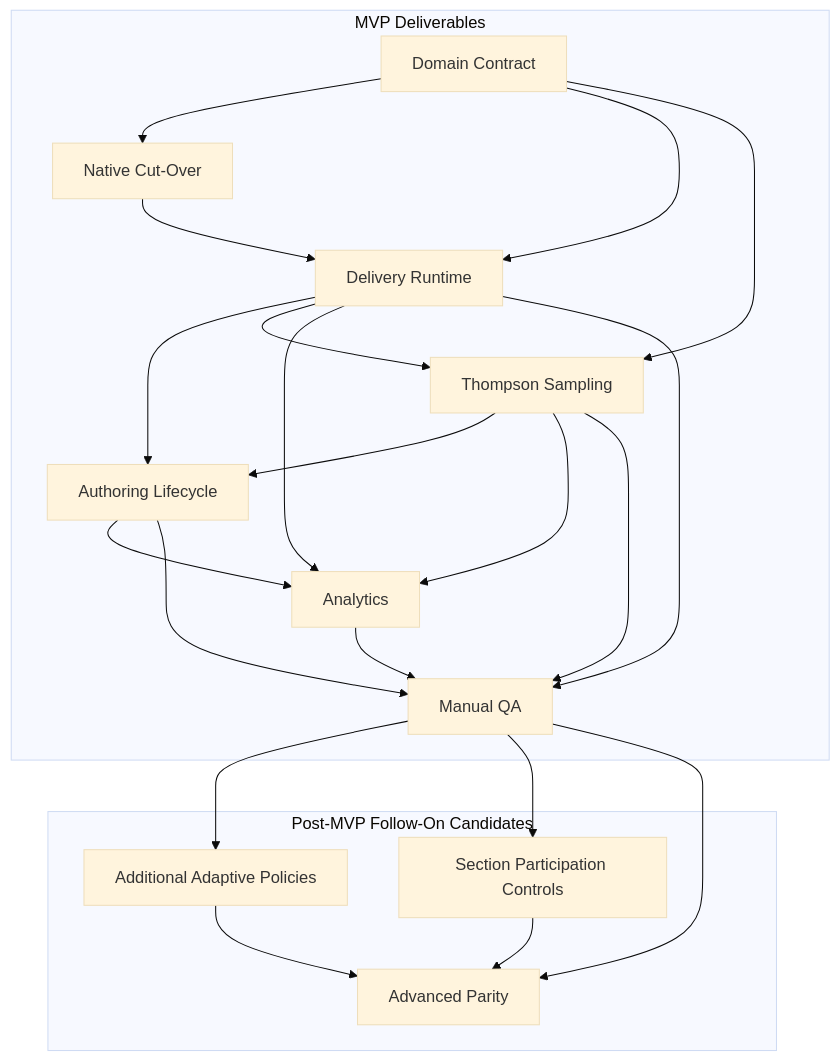
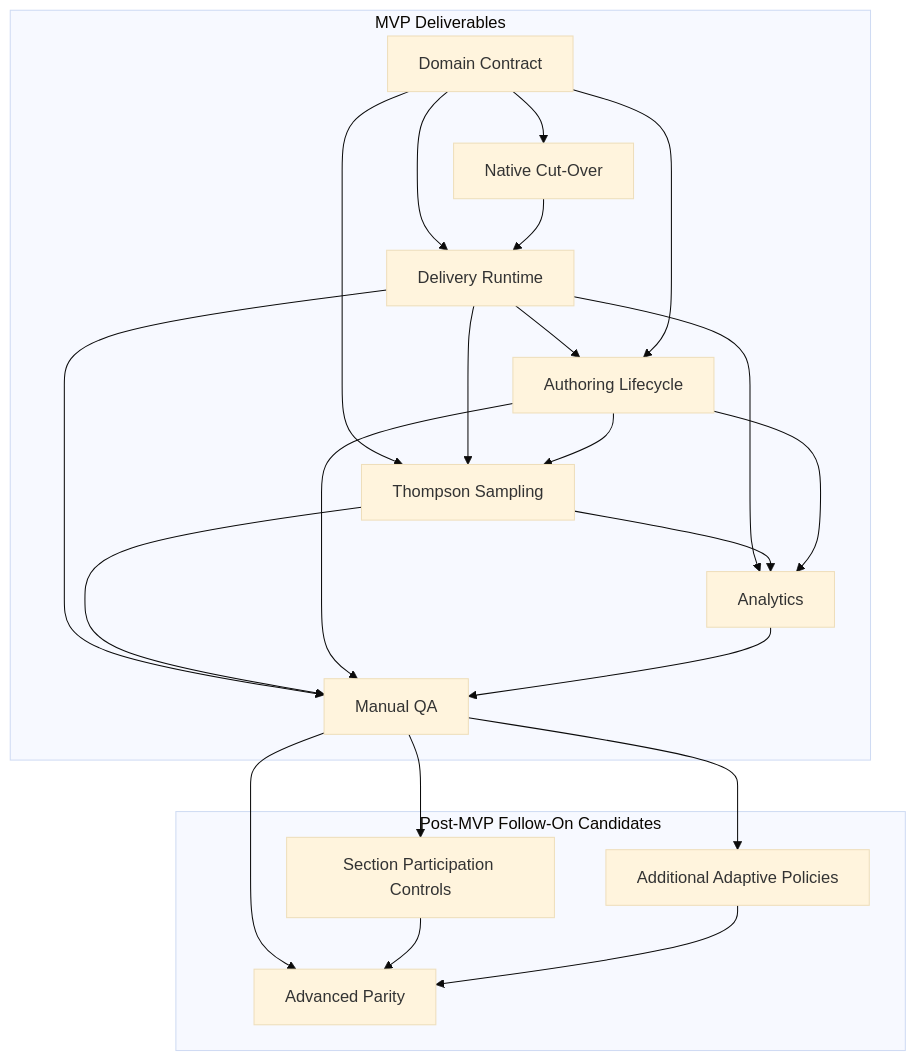
Before and after one commit to Simon-Initiative/oli-torus: the diagram in docs/exec-plans/current/epics/ab_testing/plan.md, drawn with Mermaid (base theme). The commit also changed other lines of this file and 6 other files, not shown here.

````diff
--- a/docs/exec-plans/current/epics/ab_testing/plan.md
+++ b/docs/exec-plans/current/epics/ab_testing/plan.md
@@ -434,38 +437,39 @@
 ```mermaid
 flowchart TD
   subgraph MVP["MVP Deliverables"]
   DOMAIN["Domain Contract"]
   CUTOVER["Native Cut-Over"]
   DELIVERY["Delivery Runtime"]
   TS["Thompson Sampling"]
   AUTHORING["Authoring Lifecycle"]
   ANALYTICS["Analytics"]
   QA["Manual QA"]
   end
 
   subgraph FOLLOWON["Post-MVP Follow-On Candidates"]
   ADAPTIVE["Additional Adaptive Policies"]
   PARITY["Advanced Parity"]
   PARTICIPATION["Section Participation Controls"]
   end
 
   DOMAIN --> CUTOVER
   DOMAIN --> DELIVERY
-  DOMAIN --> TS
   CUTOVER --> DELIVERY
   DELIVERY --> AUTHORING
+  DOMAIN --> AUTHORING
+  DOMAIN --> TS
   DELIVERY --> TS
-  TS --> AUTHORING
+  AUTHORING --> TS
   DELIVERY --> ANALYTICS
   TS --> ANALYTICS
   AUTHORING --> ANALYTICS
   DELIVERY --> QA
   TS --> QA
   AUTHORING --> QA
   ANALYTICS --> QA
   QA --> ADAPTIVE
   QA --> PARTICIPATION
   QA --> PARITY
   PARTICIPATION --> PARITY
   ADAPTIVE --> PARITY
 ```
````
